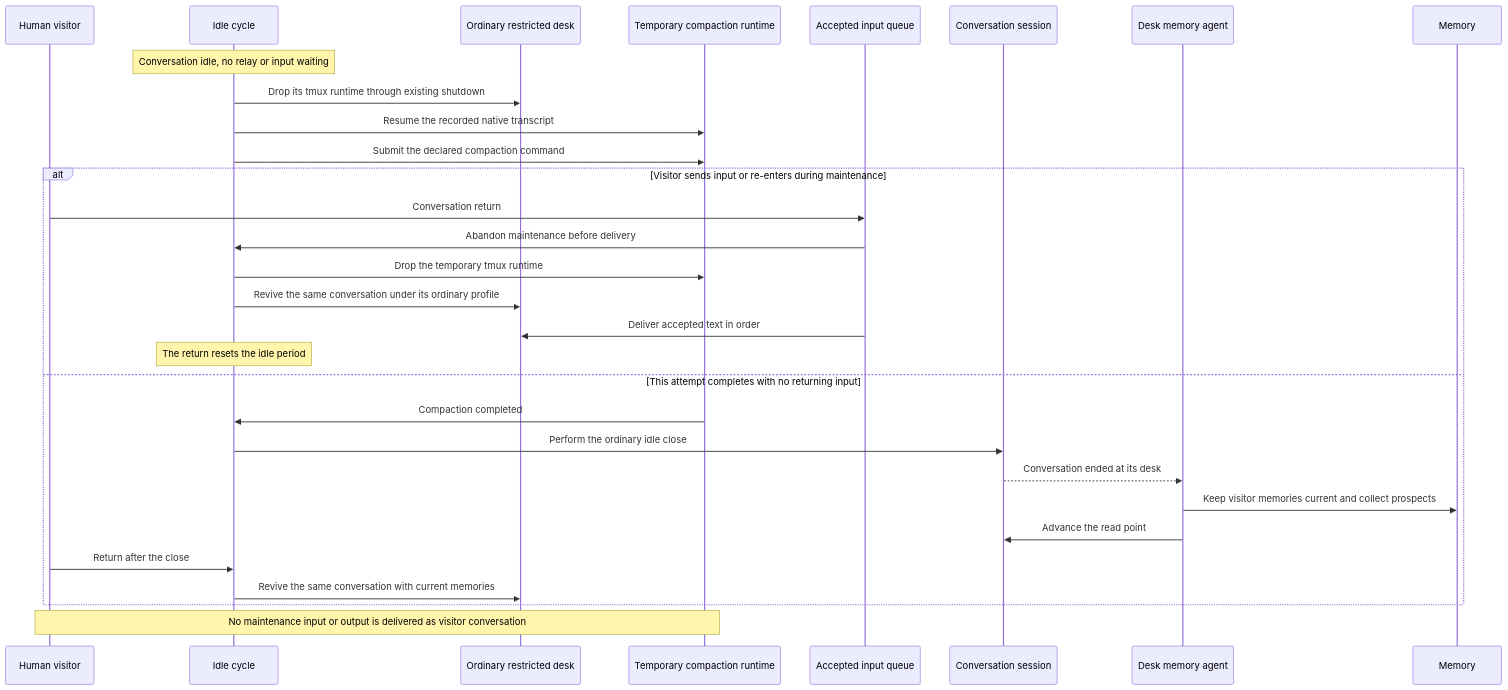
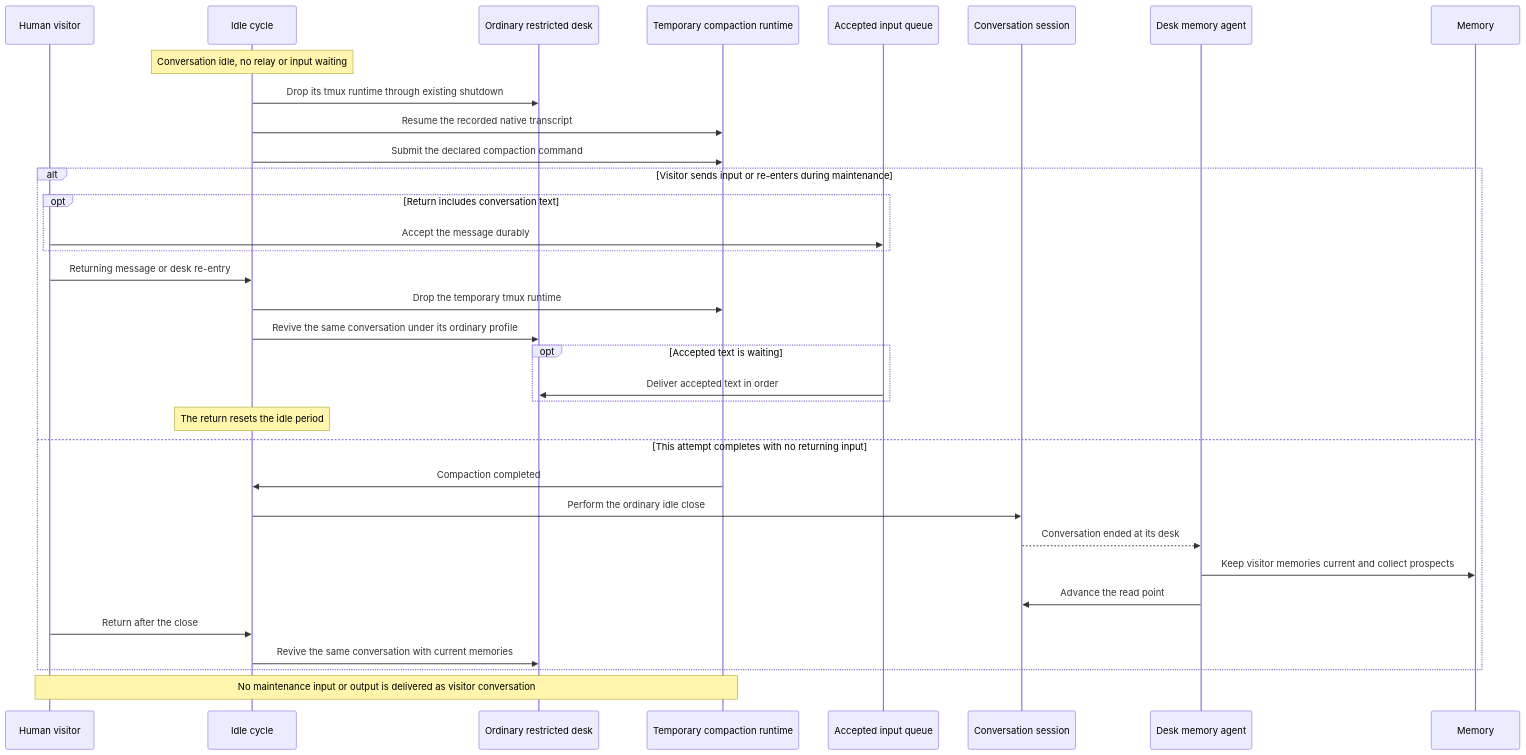
The ninth of 11 diagrams in docs/local/design/architecture/help-desk-platform.md (InstruktAI/TeleClaude), drawn with Mermaid before and after one commit. The commit also changed other lines of this file, not shown here.

Commit message:
docs(agent-runtime): distinguish text queue from desk re-entry [skip ci]
🤖 Generated with [TeleClaude](https://github.com/InstruktAI/TeleClaude)

Session: b6895e84-d332-422b-8476-934ab5dd5f8e
Human-Involved: false

````diff
--- a/docs/local/design/architecture/help-desk-platform.md
+++ b/docs/local/design/architecture/help-desk-platform.md
@@ -555,33 +559,37 @@
 ```mermaid
 sequenceDiagram
     participant Visitor as Human visitor
     participant Daemon as Idle cycle
     participant Desk as Ordinary restricted desk
     participant Maintenance as Temporary compaction runtime
     participant Queue as Accepted input queue
     participant DB as Conversation session
     participant Worker as Desk memory agent
     participant Memory as Memory
 
     Note over Daemon: Conversation idle, no relay or input waiting
     Daemon->>Desk: Drop its tmux runtime through existing shutdown
     Daemon->>Maintenance: Resume the recorded native transcript
     Daemon->>Maintenance: Submit the declared compaction command
     alt Visitor sends input or re-enters during maintenance
-        Visitor->>Queue: Conversation return
-        Queue->>Daemon: Abandon maintenance before delivery
+        opt Return includes conversation text
+            Visitor->>Queue: Accept the message durably
+        end
+        Visitor->>Daemon: Returning message or desk re-entry
         Daemon->>Maintenance: Drop the temporary tmux runtime
         Daemon->>Desk: Revive the same conversation under its ordinary profile
-        Queue->>Desk: Deliver accepted text in order
+        opt Accepted text is waiting
+            Queue->>Desk: Deliver accepted text in order
+        end
         Note over Daemon: The return resets the idle period
     else This attempt completes with no returning input
         Maintenance->>Daemon: Compaction completed
         Daemon->>DB: Perform the ordinary idle close
         DB-->>Worker: Conversation ended at its desk
         Worker->>Memory: Keep visitor memories current and collect prospects
         Worker->>DB: Advance the read point
         Visitor->>Daemon: Return after the close
         Daemon->>Desk: Revive the same conversation with current memories
     end
     Note over Visitor,Maintenance: No maintenance input or output is delivered as visitor conversation
 ```
````
